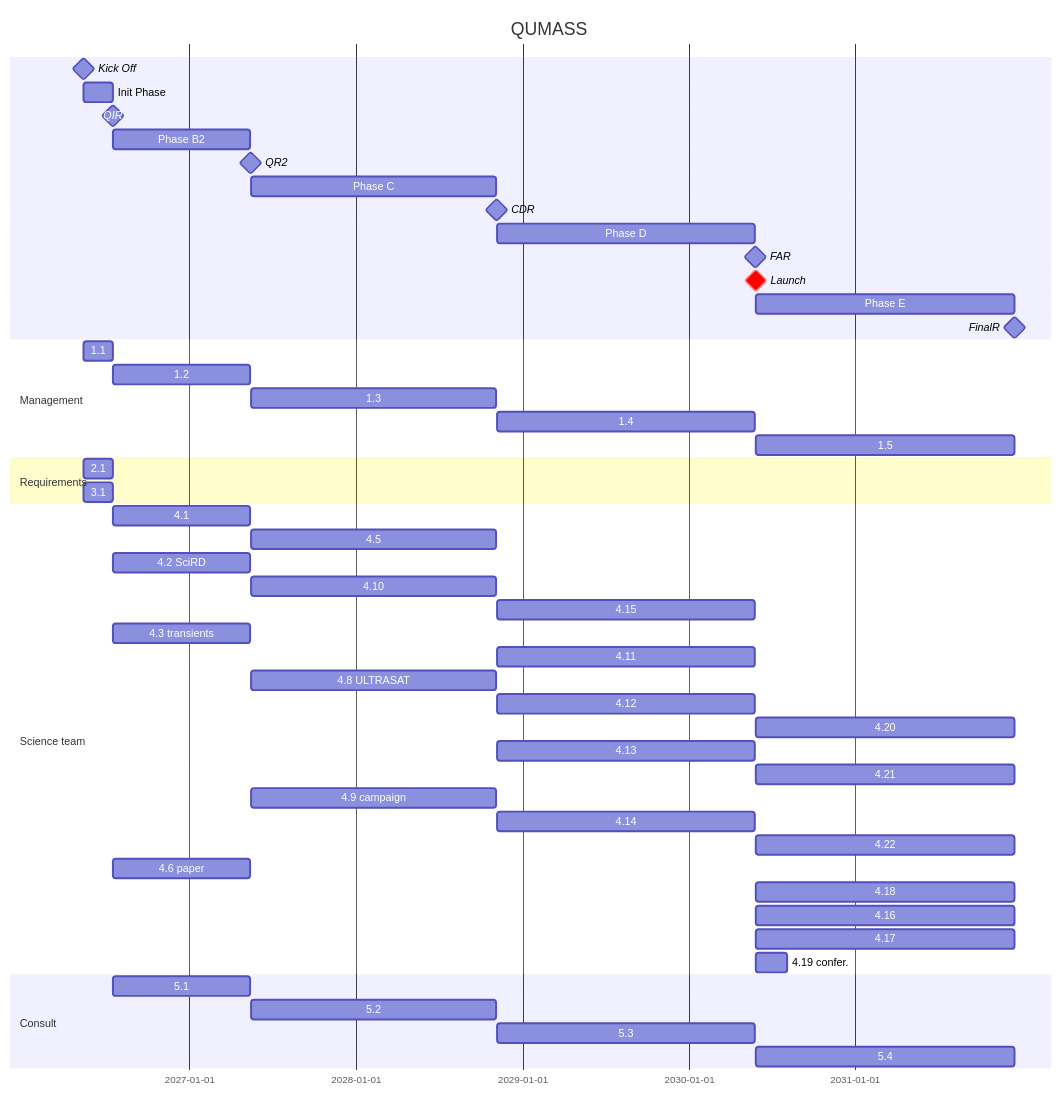
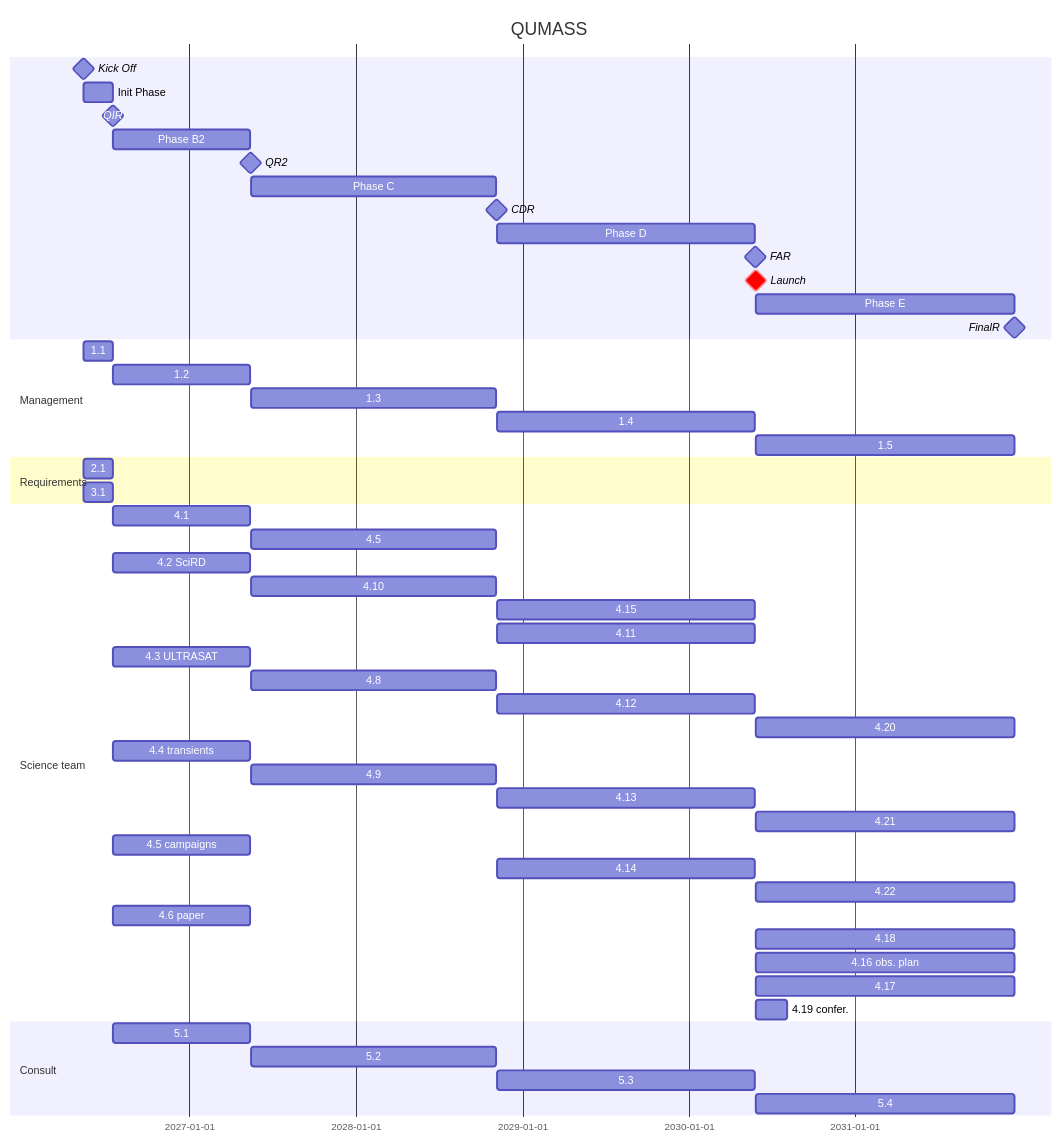
One commit to limu007/quvik changed the diagram in calib/Science.md. Above: the diagram before and after it, drawn with Mermaid.

````diff
--- a/calib/Science.md
+++ b/calib/Science.md
@@ -1,54 +1,56 @@
 ```mermaid
 gantt
     title QUMASS
     dateFormat  YYYY-MM-DD
     Kick Off : milestone, ko, 2026-05-14, 1d
     Init Phase : b1, after ko, 9w
     QIR : milestone, ir, after b1, 1d
     Phase B2 : b2, after ir, 43w
     QR2 : milestone, pdr, after b2, 1d
     Phase C : c1, after pdr, 77w
     CDR : milestone, cdr, after c1, 1d
     Phase D : d1, after cdr, 81w
     FAR : milestone, far, after d1, 1d
     Launch : crit, milestone, frr, after far, 1d
     Phase E : e1, after far, 81w
     FinalR : milestone, fr, after e1, 1d
 
     section Management
     1.1 : after ko, until ir
     1.2 : after ir, until pdr
     1.3 : after pdr, until cdr
     1.4 : after cdr, until far
     1.5 : after far, until fr
     section Requirements
     2.1 : after ko, until ir
     3.1 : after ko, until ir
     section Science team
     4.1 : after ir, until pdr
     4.5 : after pdr, until cdr
     4.2 SciRD : after ir, until pdr
     4.10 : after pdr, until cdr
     4.15 : after cdr, until far
-    4.3 transients : after ir, until pdr
     4.11 : after cdr, until far
-    4.8 ULTRASAT : after pdr, until cdr
+    4.3 ULTRASAT : after ir, until pdr
+    4.8 : after pdr, until cdr
     4.12 : after cdr, until far
     4.20 : after far, until fr
+    4.4 transients : after ir, until pdr
+    4.9 : after pdr, until cdr
     4.13 : after cdr, until far
     4.21 : after far, until fr
-    4.9 campaign : after pdr, until cdr
+    4.5 campaigns : after ir, until pdr
     4.14 : after cdr, until far
     4.22 : after far, until fr
     4.6 paper : after ir, until pdr
     4.18 : after far, until fr
-    4.16 : after far, until fr
+    4.16 obs. plan : after far, until fr
     4.17 : after far, until fr
     4.19 confer. : after far, 10w
     section Consult
     5.1 : after ir, until pdr
     5.2 : after pdr, until cdr
     5.3 : after cdr, until far
     5.4 : after far, until fr
 
 ```
````
